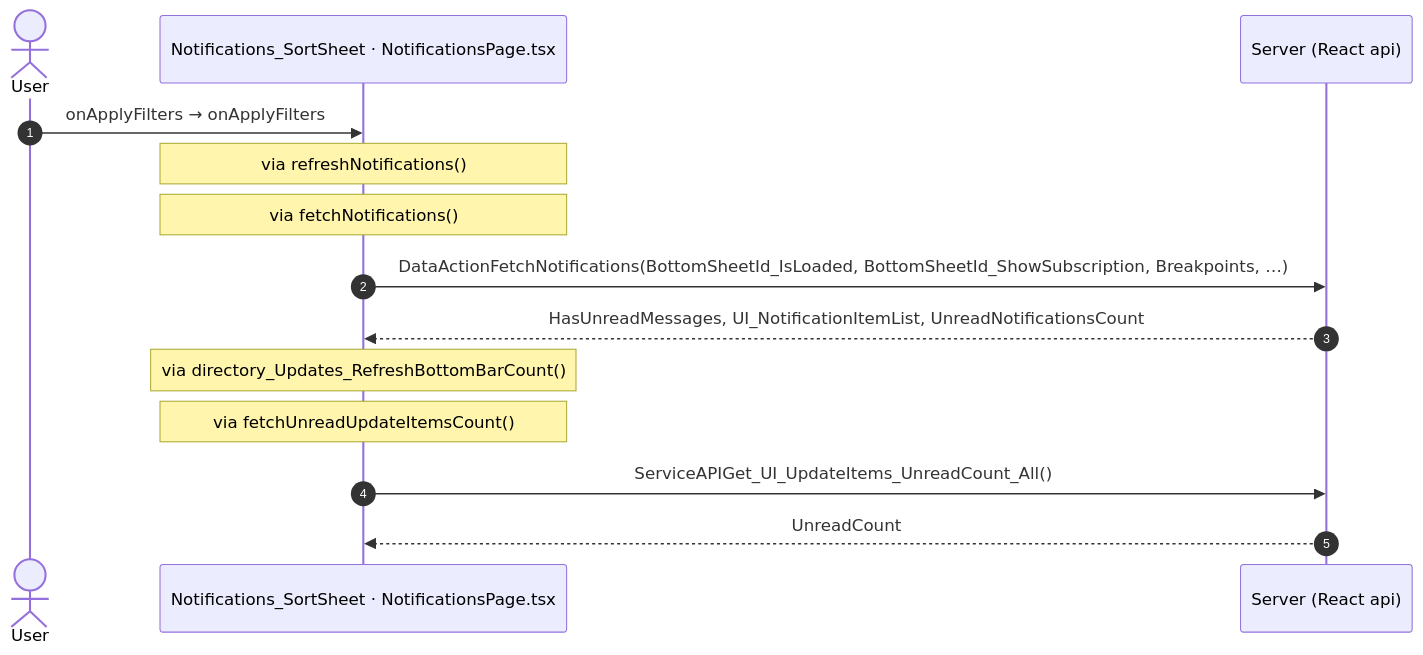
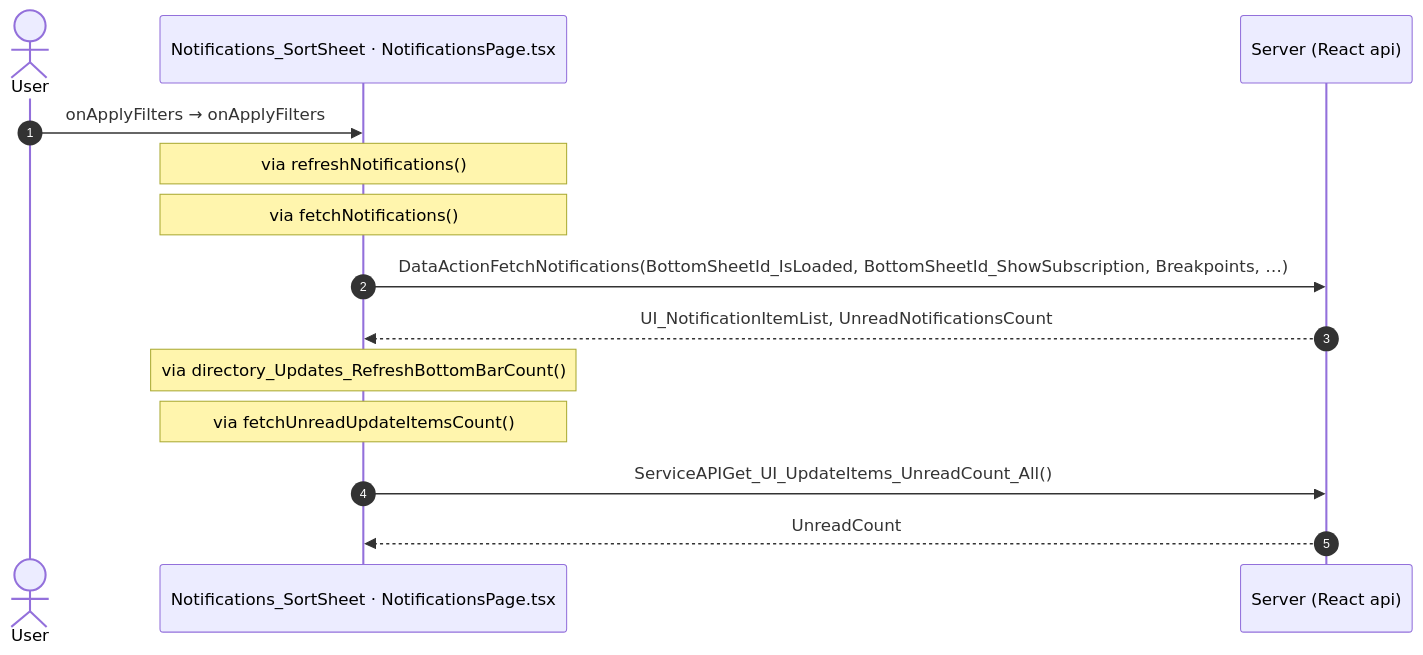
The sixth of 15 diagrams in route-actions/routes/Notifications.md (Phoenix-DX/connect-new-ui), drawn with Mermaid before and after one commit. The commit also changed other lines of this file and 30 other files, not shown here.

````diff
--- a/route-actions/routes/Notifications.md
+++ b/route-actions/routes/Notifications.md
@@ -209,16 +202,16 @@
 ```mermaid
 sequenceDiagram
   autonumber
   actor U as User
   participant H as Notifications_SortSheet · NotificationsPage.tsx
   participant A as Server (React api)
   U->>H: onApplyFilters → onApplyFilters
   Note over H: via refreshNotifications()
   Note over H: via fetchNotifications()
   H->>A: DataActionFetchNotifications(BottomSheetId_IsLoaded, BottomSheetId_ShowSubscription, Breakpoints, …)
-  A-->>H: HasUnreadMessages, UI_NotificationItemList, UnreadNotificationsCount
+  A-->>H: UI_NotificationItemList, UnreadNotificationsCount
   Note over H: via directory_Updates_RefreshBottomBarCount()
   Note over H: via fetchUnreadUpdateItemsCount()
   H->>A: ServiceAPIGet_UI_UpdateItems_UnreadCount_All()
   A-->>H: UnreadCount
 ```
````
